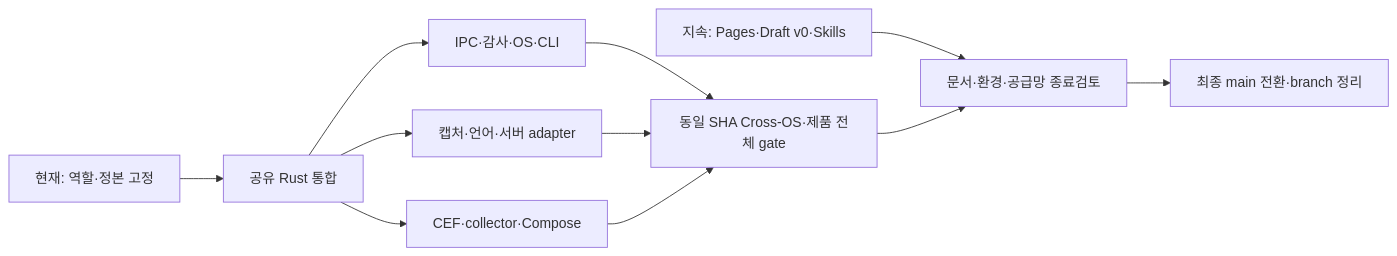
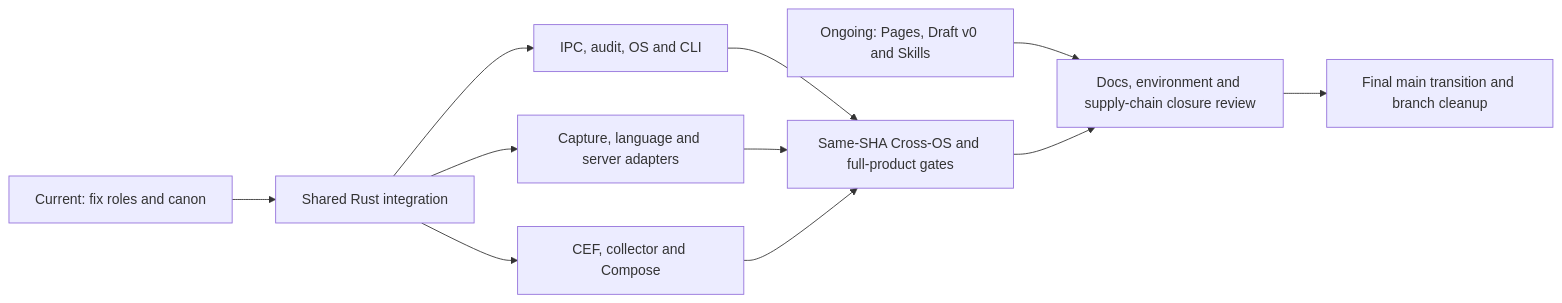
The first of 3 diagrams in .spec/sot/program-roadmap.sot.md (modootoday/humanymous), drawn with Mermaid before and after one commit. The commit also changed other lines of this file and 1 other file, not shown here.

First line of the commit message:
docs(program): translate roadmap and record managed host exception

````diff
--- a/.spec/sot/program-roadmap.sot.md
+++ b/.spec/sot/program-roadmap.sot.md
@@ -94,12 +106,12 @@
 ```mermaid
 flowchart LR
-  T0[현재: 역할·정본 고정] --> T1[공유 Rust 통합]
-  T1 --> T2[IPC·감사·OS·CLI]
-  T1 --> T3[캡처·언어·서버 adapter]
-  T1 --> T4[CEF·collector·Compose]
-  T2 --> T5[동일 SHA Cross-OS·제품 전체 gate]
+  T0[Current: fix roles and canon] --> T1[Shared Rust integration]
+  T1 --> T2[IPC, audit, OS and CLI]
+  T1 --> T3[Capture, language and server adapters]
+  T1 --> T4[CEF, collector and Compose]
+  T2 --> T5[Same-SHA Cross-OS and full-product gates]
   T3 --> T5
   T4 --> T5
-  D[지속: Pages·Draft v0·Skills] --> T6[문서·환경·공급망 종료검토]
-  T5 --> T6 --> T7[최종 main 전환·branch 정리]
+  D[Ongoing: Pages, Draft v0 and Skills] --> T6[Docs, environment and supply-chain closure review]
+  T5 --> T6 --> T7[Final main transition and branch cleanup]
 ```
````
